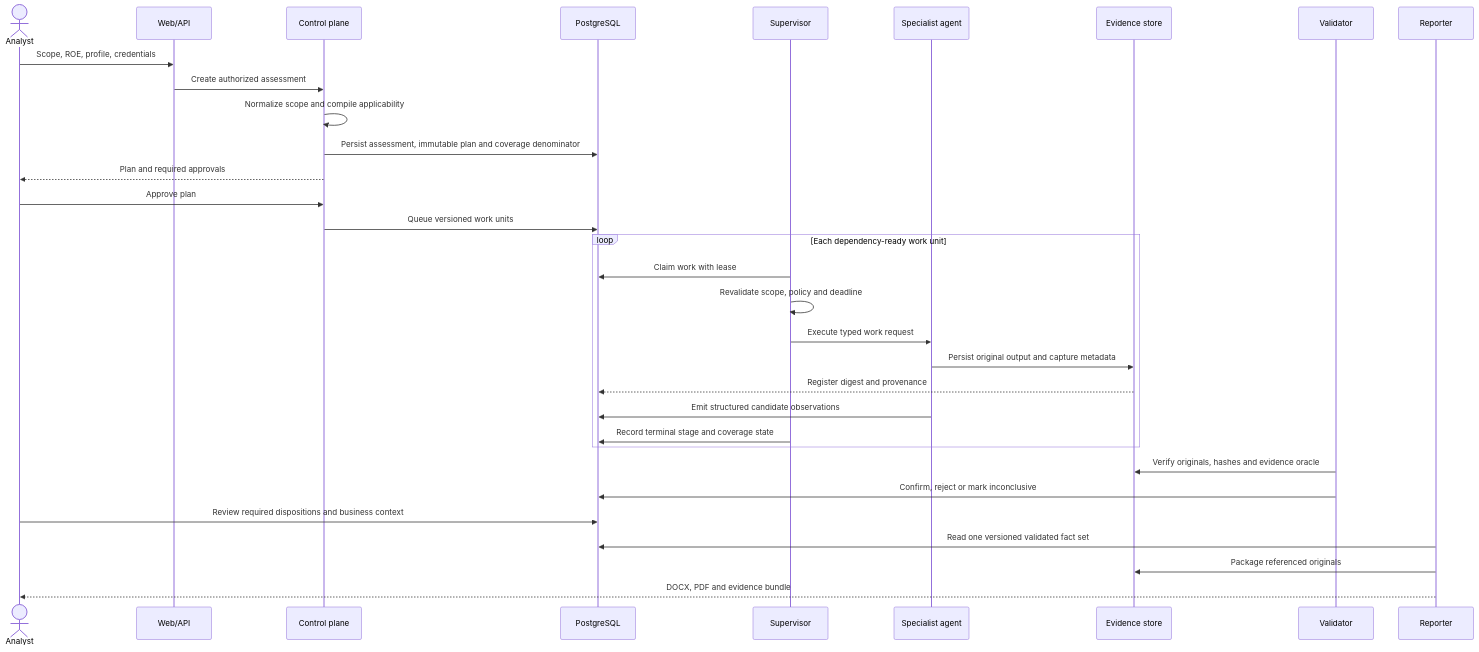
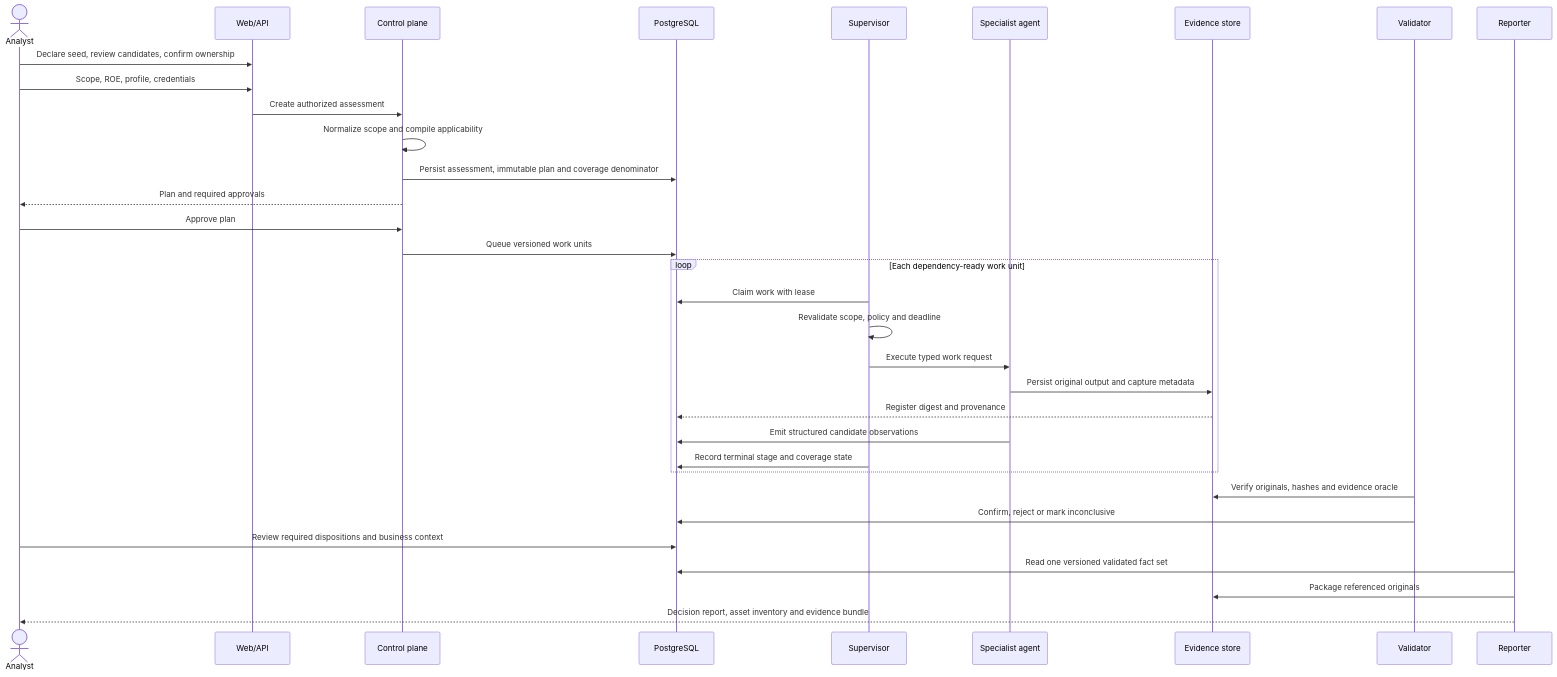
The second of 4 diagrams in v3/ASSESSMENT_FLOW.md (lucky1410/ExposureScopeX), drawn with Mermaid before and after one commit. The commit also changed other lines of this file and 176 other files, not shown here.

````diff
--- a/v3/ASSESSMENT_FLOW.md
+++ b/v3/ASSESSMENT_FLOW.md
@@ -40,35 +42,36 @@
 ```mermaid
 sequenceDiagram
     actor Analyst
     participant UI as Web/API
     participant Control as Control plane
     participant DB as PostgreSQL
     participant Supervisor
     participant Agent as Specialist agent
     participant Evidence as Evidence store
     participant Validator
     participant Reporter
 
+    Analyst->>UI: Declare seed, review candidates, confirm ownership
     Analyst->>UI: Scope, ROE, profile, credentials
     UI->>Control: Create authorized assessment
     Control->>Control: Normalize scope and compile applicability
     Control->>DB: Persist assessment, immutable plan and coverage denominator
     Control-->>Analyst: Plan and required approvals
     Analyst->>Control: Approve plan
     Control->>DB: Queue versioned work units
     loop Each dependency-ready work unit
         Supervisor->>DB: Claim work with lease
         Supervisor->>Supervisor: Revalidate scope, policy and deadline
         Supervisor->>Agent: Execute typed work request
         Agent->>Evidence: Persist original output and capture metadata
         Evidence-->>DB: Register digest and provenance
         Agent->>DB: Emit structured candidate observations
         Supervisor->>DB: Record terminal stage and coverage state
     end
     Validator->>Evidence: Verify originals, hashes and evidence oracle
     Validator->>DB: Confirm, reject or mark inconclusive
     Analyst->>DB: Review required dispositions and business context
     Reporter->>DB: Read one versioned validated fact set
     Reporter->>Evidence: Package referenced originals
-    Reporter-->>Analyst: DOCX, PDF and evidence bundle
+    Reporter-->>Analyst: Decision report, asset inventory and evidence bundle
 ```
````
